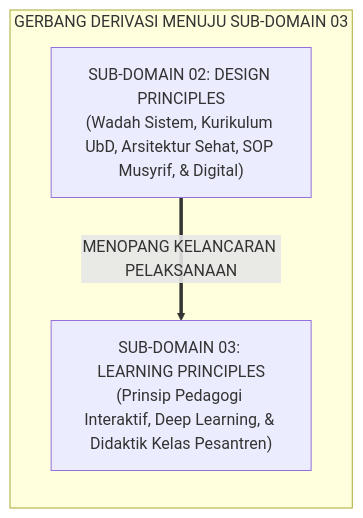
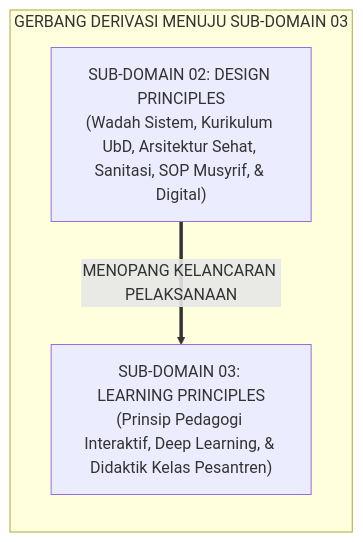
The third of 3 diagrams in 02 Principles/02 Design Principles/P2-02-Prinsip-Desain-Sistem-TUMBUH.md (wandiapriliyandi/tumbuh), drawn with Mermaid before and after one commit. The commit also changed other lines of this file and 32 other files, not shown here.

Commit message:
feat(principles): expand organically Domain 02 Principles with non-uniform deep monographs (62 files total, max 10/sub-domain)

````diff
--- a/02 Principles/02 Design Principles/P2-02-Prinsip-Desain-Sistem-TUMBUH.md
+++ b/02 Principles/02 Design Principles/P2-02-Prinsip-Desain-Sistem-TUMBUH.md
@@ -120,10 +128,10 @@
 ```mermaid
 graph LR
     subgraph GerbangDerivasiLearningPrinciples["GERBANG DERIVASI MENUJU SUB-DOMAIN 03"]
-        D2_02["SUB-DOMAIN 02: DESIGN PRINCIPLES<br/>(Wadah Sistem, Kurikulum UbD, Arsitektur Sehat, SOP Musyrif, & Digital)"]
+        D2_02["SUB-DOMAIN 02: DESIGN PRINCIPLES<br/>(Wadah Sistem, Kurikulum UbD, Arsitektur Sehat, Sanitasi, SOP Musyrif, & Digital)"]
         
         D2_03["SUB-DOMAIN 03: LEARNING PRINCIPLES<br/>(Prinsip Pedagogi Interaktif, Deep Learning, & Didaktik Kelas Pesantren)"]
         
         D2_02 ==>|MENOPANG KELANCARAN PELAKSANAAN| D2_03
     end
 ```
````
